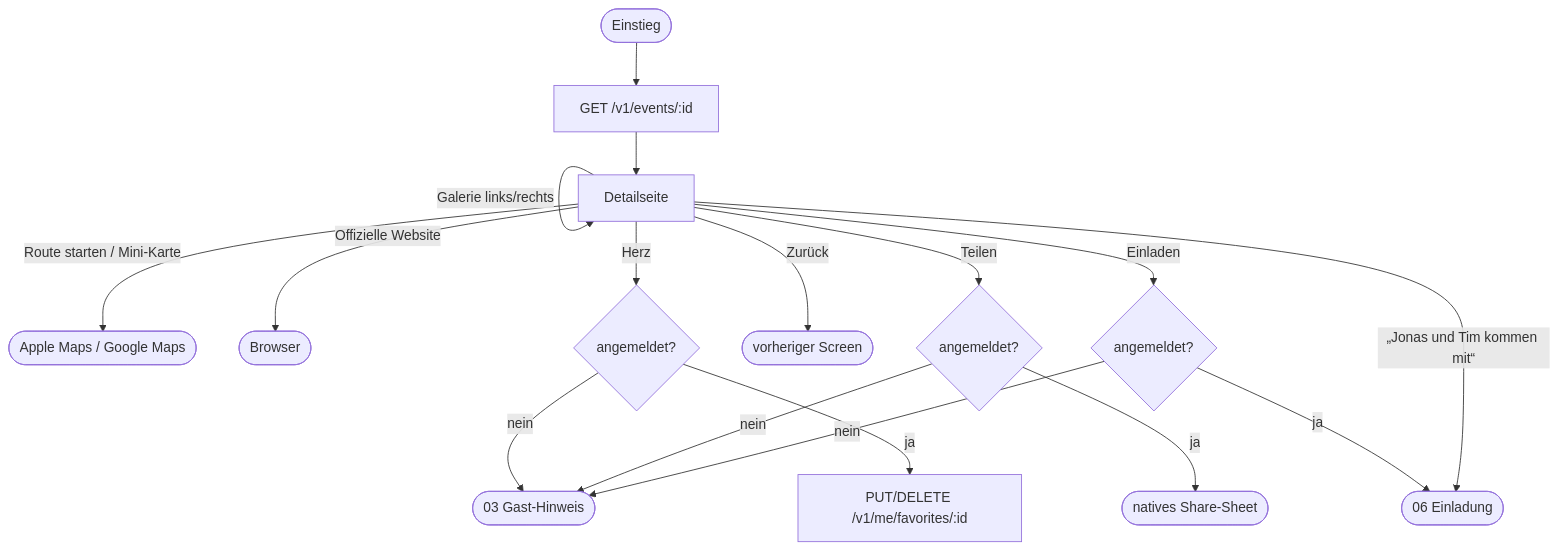
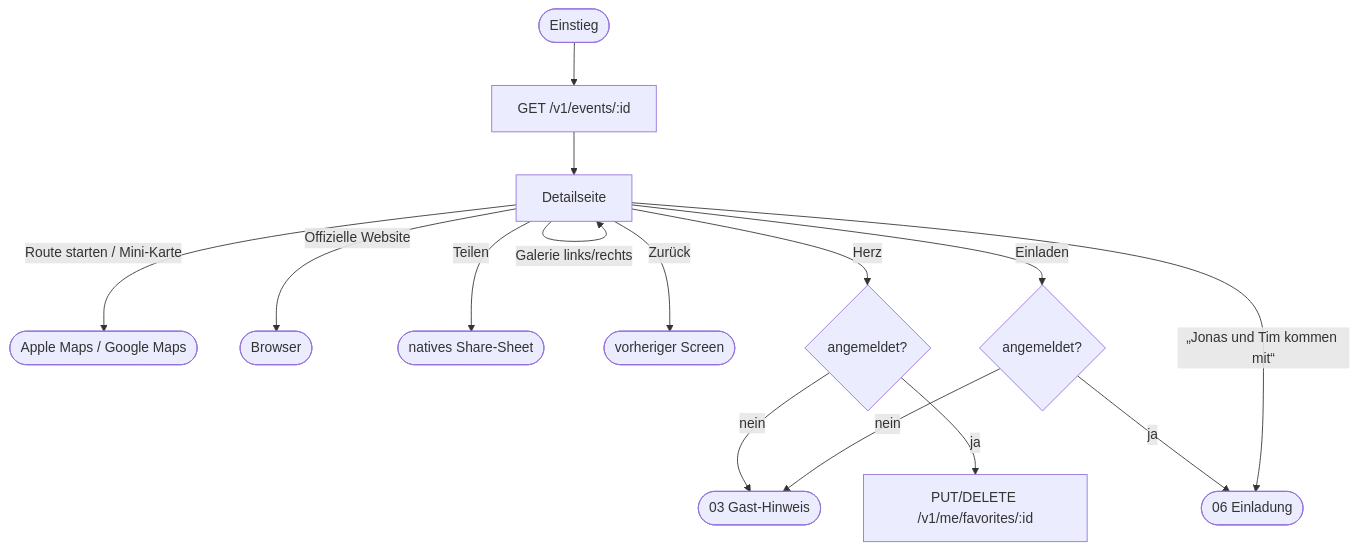
Before and after one commit to Harpune/Stadtfest-Finder: the diagram in 00-docs/15-design/workflows/02-fest-details.md, drawn with Mermaid. The commit also changed other lines of this file and 10 other files, not shown here.

First line of the commit message:
feat(R04-US3a): let guests share events via the native share sheet

````diff
--- a/00-docs/15-design/workflows/02-fest-details.md
+++ b/00-docs/15-design/workflows/02-fest-details.md
@@ -21,19 +21,17 @@
 ```mermaid
 flowchart TD
   IN([Einstieg]) --> G[GET /v1/events/:id]
   G --> D[Detailseite]
   D -->|Galerie links/rechts| D
   D -->|Route starten / Mini-Karte| MAP([Apple Maps / Google Maps])
   D -->|Offizielle Website| WEB([Browser])
   D -->|Herz| A1{angemeldet?}
-  D -->|Teilen| A2{angemeldet?}
+  D -->|Teilen| SH([natives Share-Sheet])
   D -->|Einladen| A3{angemeldet?}
   A1 -- nein --> H([03 Gast-Hinweis])
-  A2 -- nein --> H
   A3 -- nein --> H
   A1 -- ja --> FAV[PUT/DELETE /v1/me/favorites/:id]
-  A2 -- ja --> SH([natives Share-Sheet])
   A3 -- ja --> INV([06 Einladung])
   D -->|„Jonas und Tim kommen mit“| INV
   D -->|Zurück| OUT([vorheriger Screen])
 ```
````
